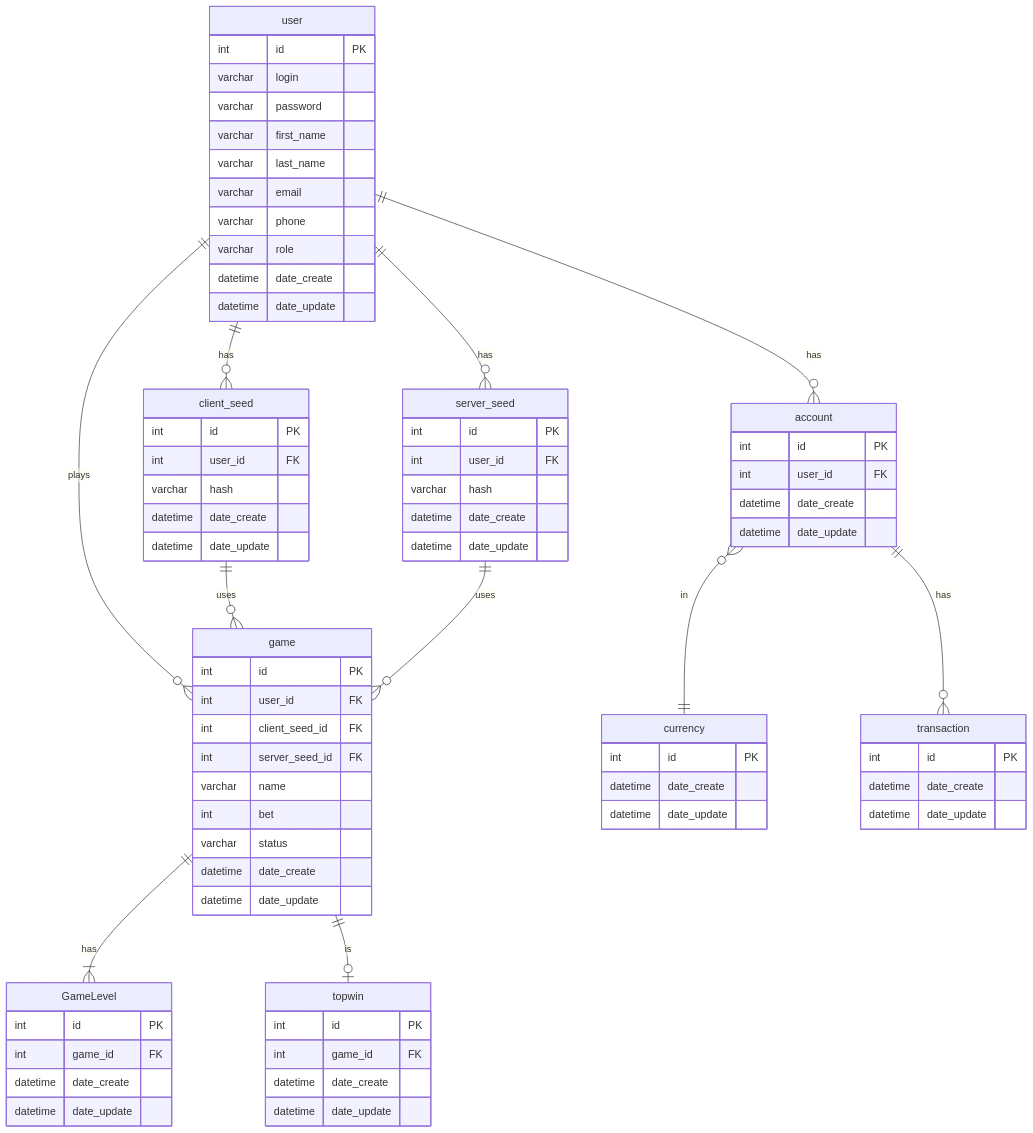
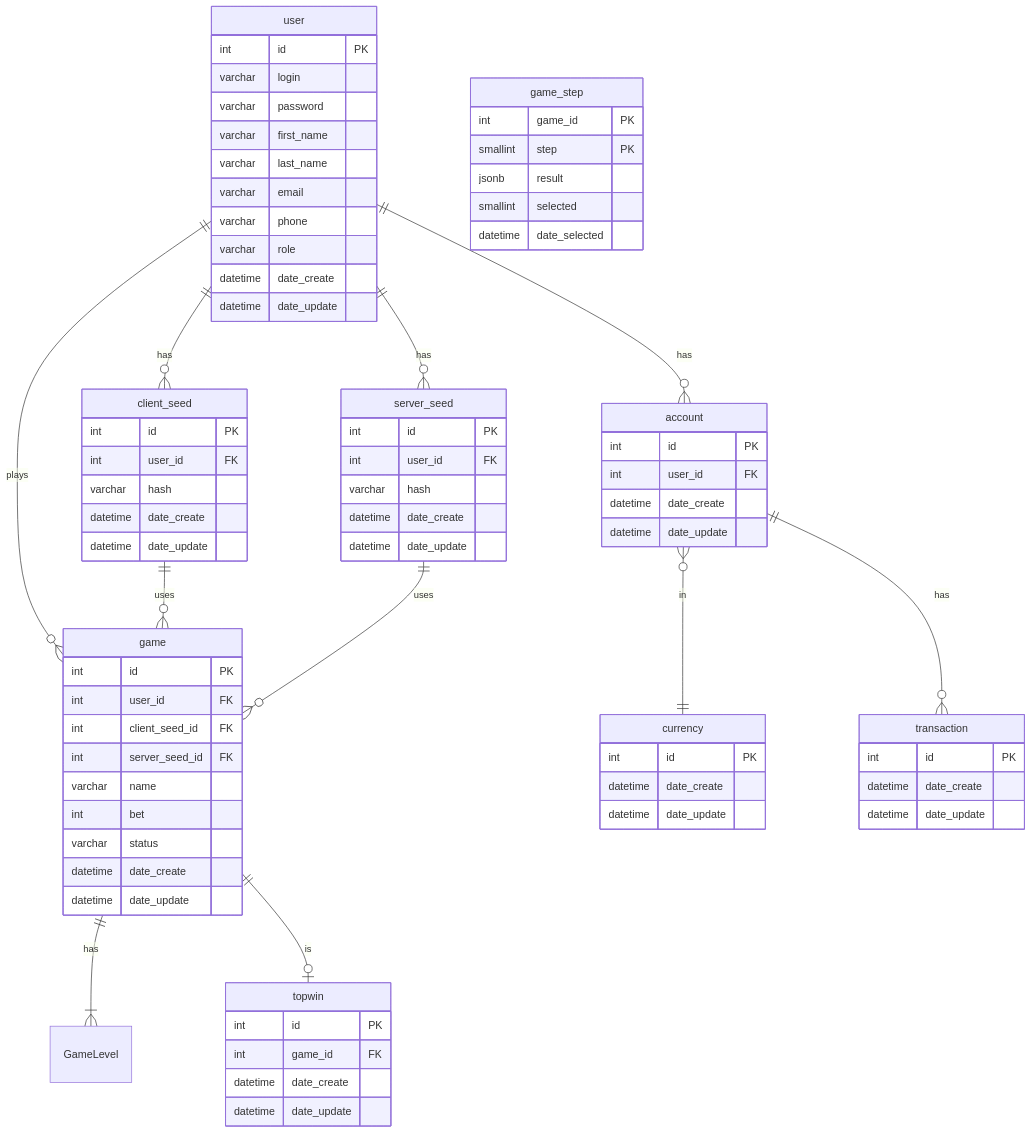
The second of 2 diagrams in README.md (SultanovAziz/project-clone-of-BitKong), drawn with Mermaid before and after one commit.

```diff
--- a/README.md
+++ b/README.md
@@ -75,11 +75,12 @@
         datetime date_update
 
     }
-    GameLevel {
-        int id PK
-        int game_id FK
-        datetime date_create
-        datetime date_update
+    game_step {
+        int game_id PK
+        smallint step PK
+        jsonb result
+        smallint selected
+        datetime date_selected
 
     }
     topwin {
```
